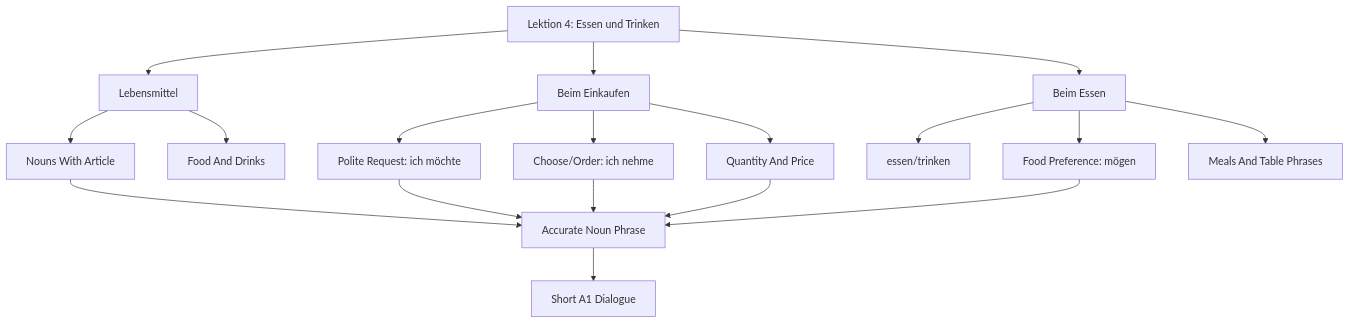
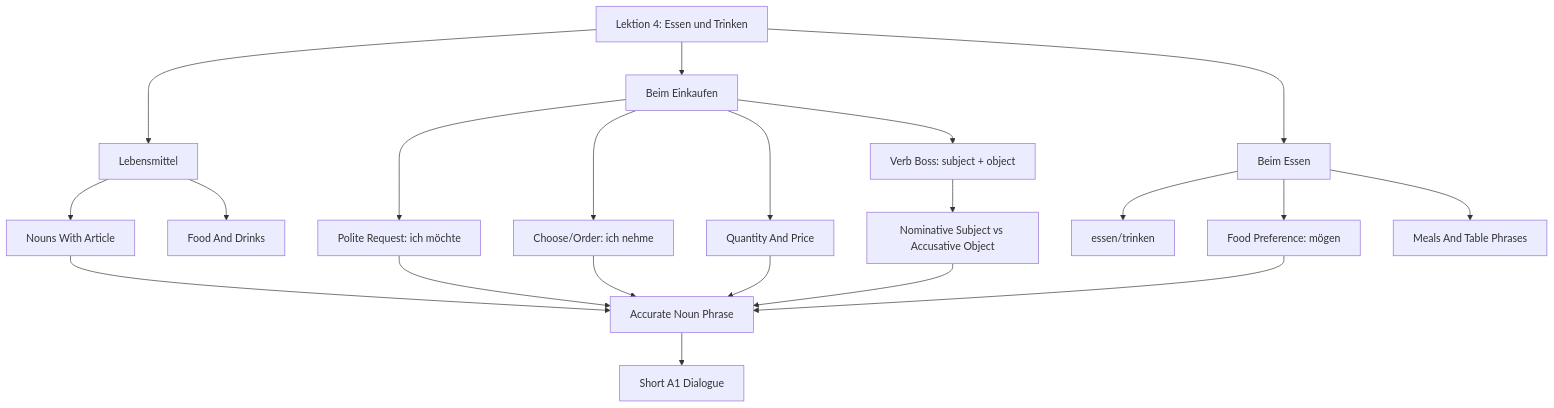
Before and after one commit to aerkn1/TUM-semester-2: the diagram in german-a1-1/wiki/lektion-04-food-drink-shopping-and-meals/lektion-04-food-drink-shopping-and-meals.md, drawn with Mermaid. The commit also changed other lines of this file and 173 other files, not shown here.

````diff
--- a/german-a1-1/wiki/lektion-04-food-drink-shopping-and-meals/lektion-04-food-drink-shopping-and-meals.md
+++ b/german-a1-1/wiki/lektion-04-food-drink-shopping-and-meals/lektion-04-food-drink-shopping-and-meals.md
@@ -175,20 +254,23 @@
 ```mermaid
 flowchart TD
     A[Lektion 4: Essen und Trinken] --> B[Lebensmittel]
     A --> C[Beim Einkaufen]
     A --> D[Beim Essen]
     B --> E[Nouns With Article]
     B --> F[Food And Drinks]
     C --> G[Polite Request: ich möchte]
     C --> M[Choose/Order: ich nehme]
     C --> H[Quantity And Price]
+    C --> O[Verb Boss: subject + object]
     D --> I[essen/trinken]
     D --> N[Food Preference: mögen]
     D --> J[Meals And Table Phrases]
     E --> K[Accurate Noun Phrase]
     G --> K
     M --> K
     H --> K
     N --> K
+    O --> P[Nominative Subject vs Accusative Object]
+    P --> K
     K --> L[Short A1 Dialogue]
 ```
````
